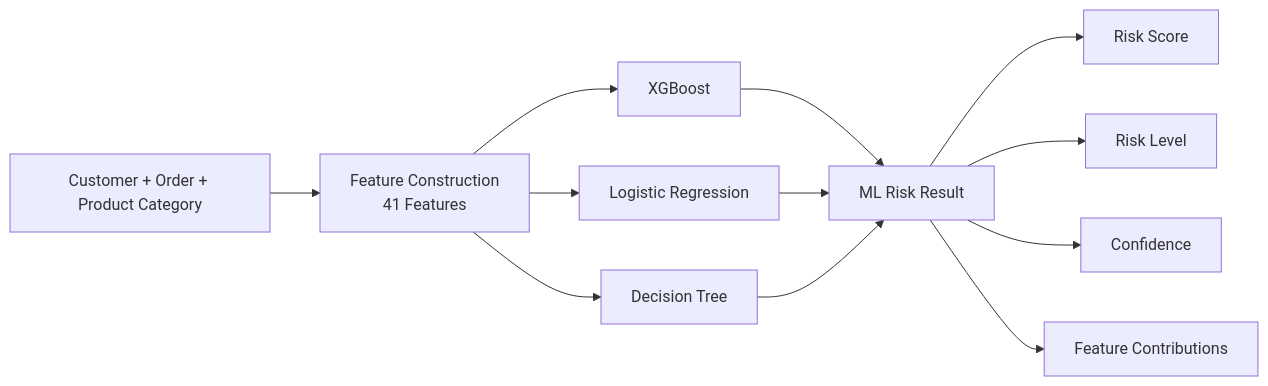
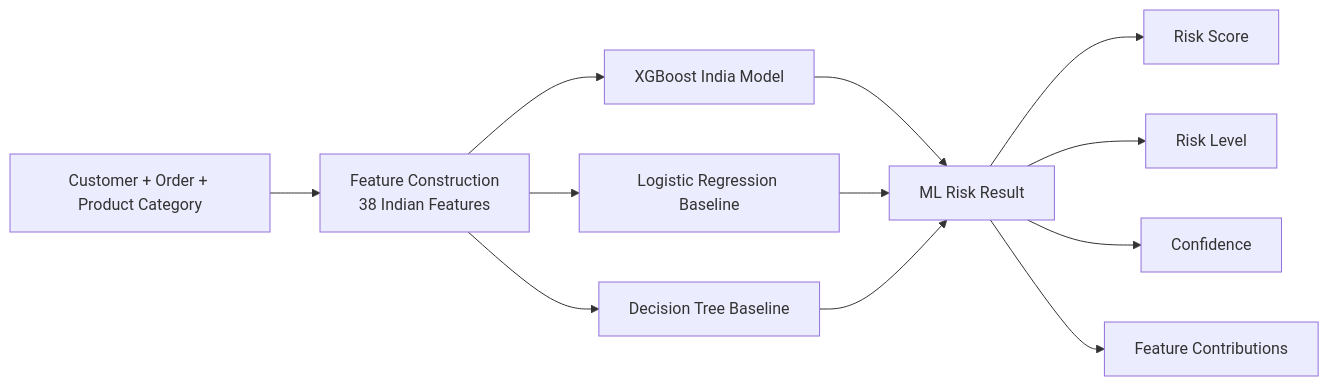
The third of 7 diagrams in README.md (Devraj-sh/Trust-Loop), drawn with Mermaid before and after one commit. The commit also changed other lines of this file and 52 other files, not shown here.

````diff
--- a/README.md
+++ b/README.md
@@ -257,19 +266,19 @@
 ```mermaid
 flowchart LR
     DATA[Customer + Order + Product Category]
-    FEATURES[Feature Construction\n41 Features]
+    FEATURES[Feature Construction\n38 Indian Features]
     DATA --> FEATURES
 
-    FEATURES --> XGB[XGBoost]
-    FEATURES --> LR[Logistic Regression]
-    FEATURES --> DT[Decision Tree]
+    FEATURES --> XGB[XGBoost India Model]
+    FEATURES --> LR[Logistic Regression Baseline]
+    FEATURES --> DT[Decision Tree Baseline]
 
     XGB --> RESULT[ML Risk Result]
     LR --> RESULT
     DT --> RESULT
 
     RESULT --> SCORE[Risk Score]
     RESULT --> LEVEL[Risk Level]
     RESULT --> CONF[Confidence]
     RESULT --> CONTRIB[Feature Contributions]
 ```
````
